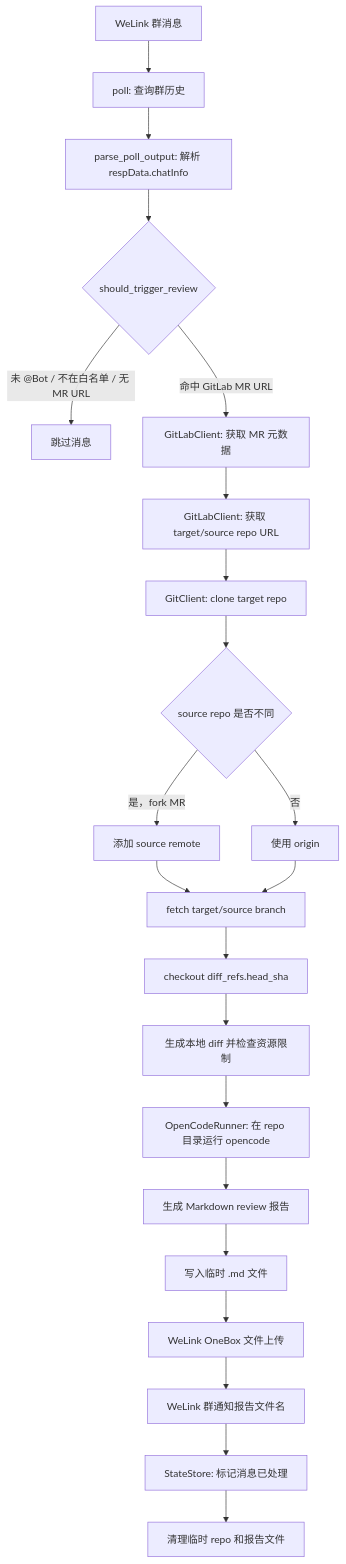
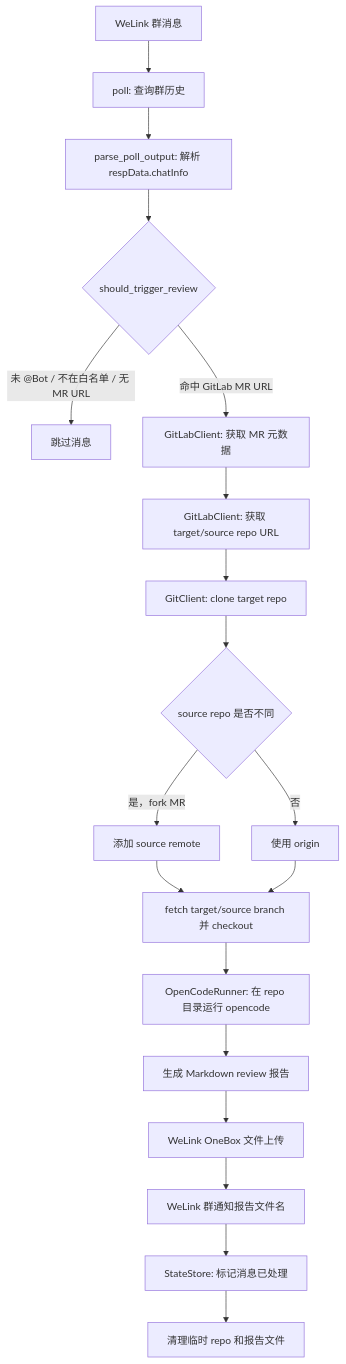
The first of 2 diagrams in docs/DESIGN.md (Faye-663/code-mr-reviewer), drawn with Mermaid before and after one commit. The commit also changed other lines of this file and 7 other files, not shown here.

First line of the commit message:
feat(webhook): add CodeHub webhook server for MR review triggering

````diff
--- a/docs/DESIGN.md
+++ b/docs/DESIGN.md
@@ -5,24 +12,21 @@
 ```mermaid
 flowchart TD
     A["WeLink 群消息"] --> B["poll: 查询群历史"]
     B --> C["parse_poll_output: 解析 respData.chatInfo"]
     C --> D{"should_trigger_review"}
     D -- "未 @Bot / 不在白名单 / 无 MR URL" --> E["跳过消息"]
     D -- "命中 GitLab MR URL" --> F["GitLabClient: 获取 MR 元数据"]
     F --> G["GitLabClient: 获取 target/source repo URL"]
     G --> H["GitClient: clone target repo"]
     H --> I{"source repo 是否不同"}
     I -- "是，fork MR" --> J["添加 source remote"]
     I -- "否" --> K["使用 origin"]
-    J --> L["fetch target/source branch"]
+    J --> L["fetch target/source branch 并 checkout"]
     K --> L
-    L --> M["checkout diff_refs.head_sha"]
-    M --> N["生成本地 diff 并检查资源限制"]
-    N --> O["OpenCodeRunner: 在 repo 目录运行 opencode"]
-    O --> P["生成 Markdown review 报告"]
-    P --> Q["写入临时 .md 文件"]
-    Q --> R["WeLink OneBox 文件上传"]
-    R --> S["WeLink 群通知报告文件名"]
-    S --> T["StateStore: 标记消息已处理"]
-    T --> U["清理临时 repo 和报告文件"]
+    L --> M["OpenCodeRunner: 在 repo 目录运行 opencode"]
+    M --> N["生成 Markdown review 报告"]
+    N --> O["WeLink OneBox 文件上传"]
+    O --> P["WeLink 群通知报告文件名"]
+    P --> Q["StateStore: 标记消息已处理"]
+    Q --> R["清理临时 repo 和报告文件"]
 ```
````
